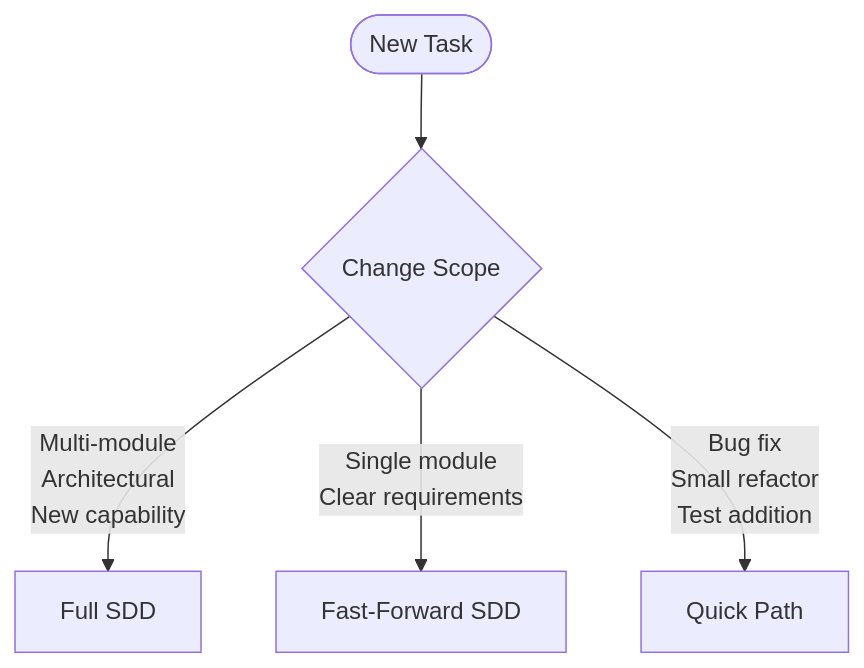
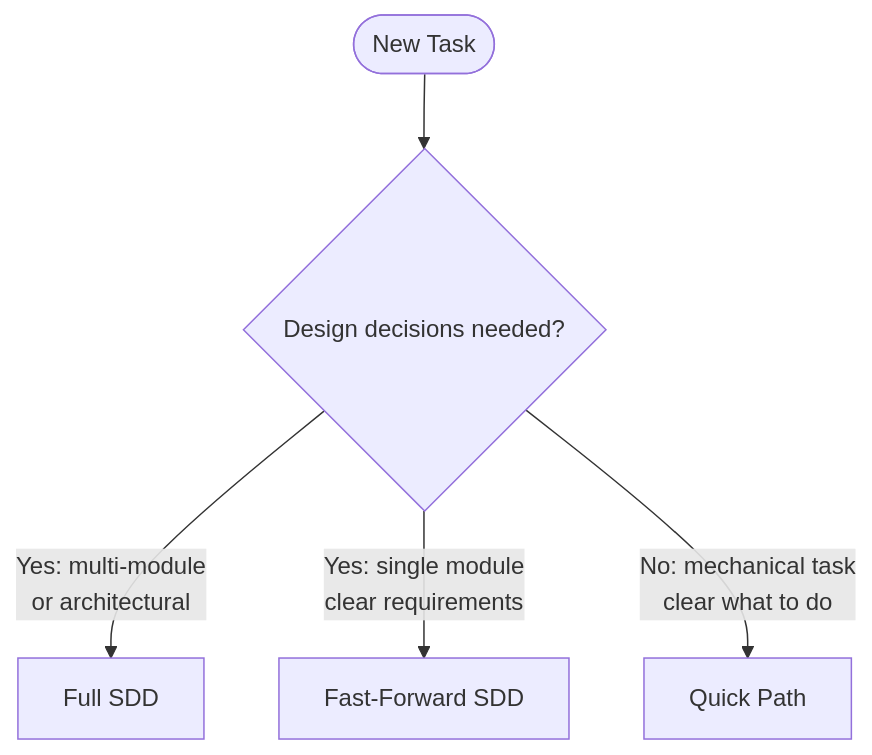
Before and after one commit to PAMunb/rvsec: the diagram in rv-android/CLAUDE.md, drawn with Mermaid. The commit also changed other lines of this file and 262 other files, not shown here.

````diff
--- a/rv-android/CLAUDE.md
+++ b/rv-android/CLAUDE.md
@@ -774,7 +772,7 @@
 ```mermaid
 flowchart TD
-    START([New Task]) --> ASSESS{Change Scope}
-    ASSESS -->|"Multi-module\nArchitectural\nNew capability"| FULL[Full SDD]
-    ASSESS -->|"Single module\nClear requirements"| FAST[Fast-Forward SDD]
-    ASSESS -->|"Bug fix\nSmall refactor\nTest addition"| QUICK[Quick Path]
+    START([New Task]) --> ASSESS{Design decisions needed?}
+    ASSESS -->|"Yes: multi-module\nor architectural"| FULL[Full SDD]
+    ASSESS -->|"Yes: single module\nclear requirements"| FAST[Fast-Forward SDD]
+    ASSESS -->|"No: mechanical task\nclear what to do"| QUICK[Quick Path]
 ```
````
